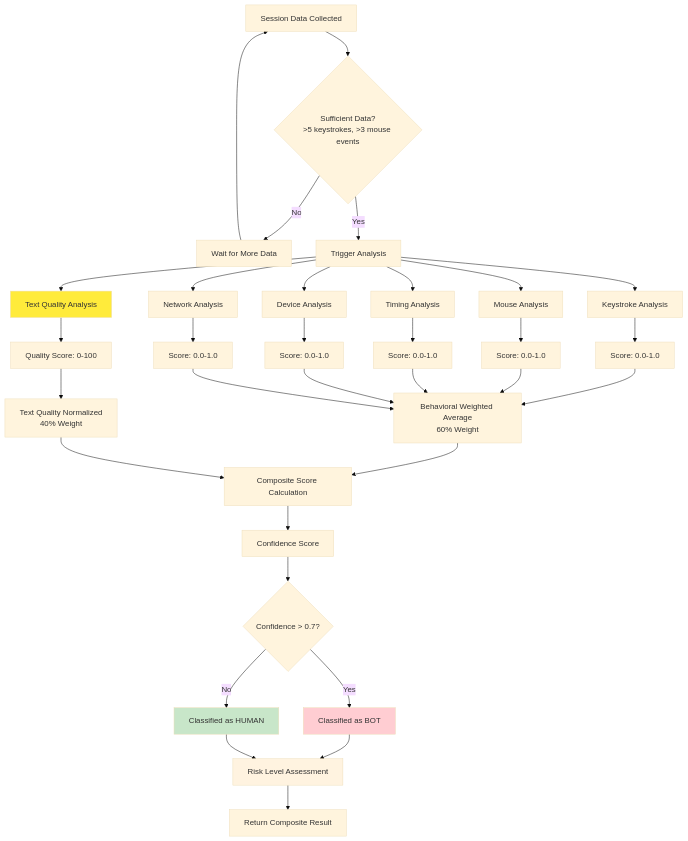
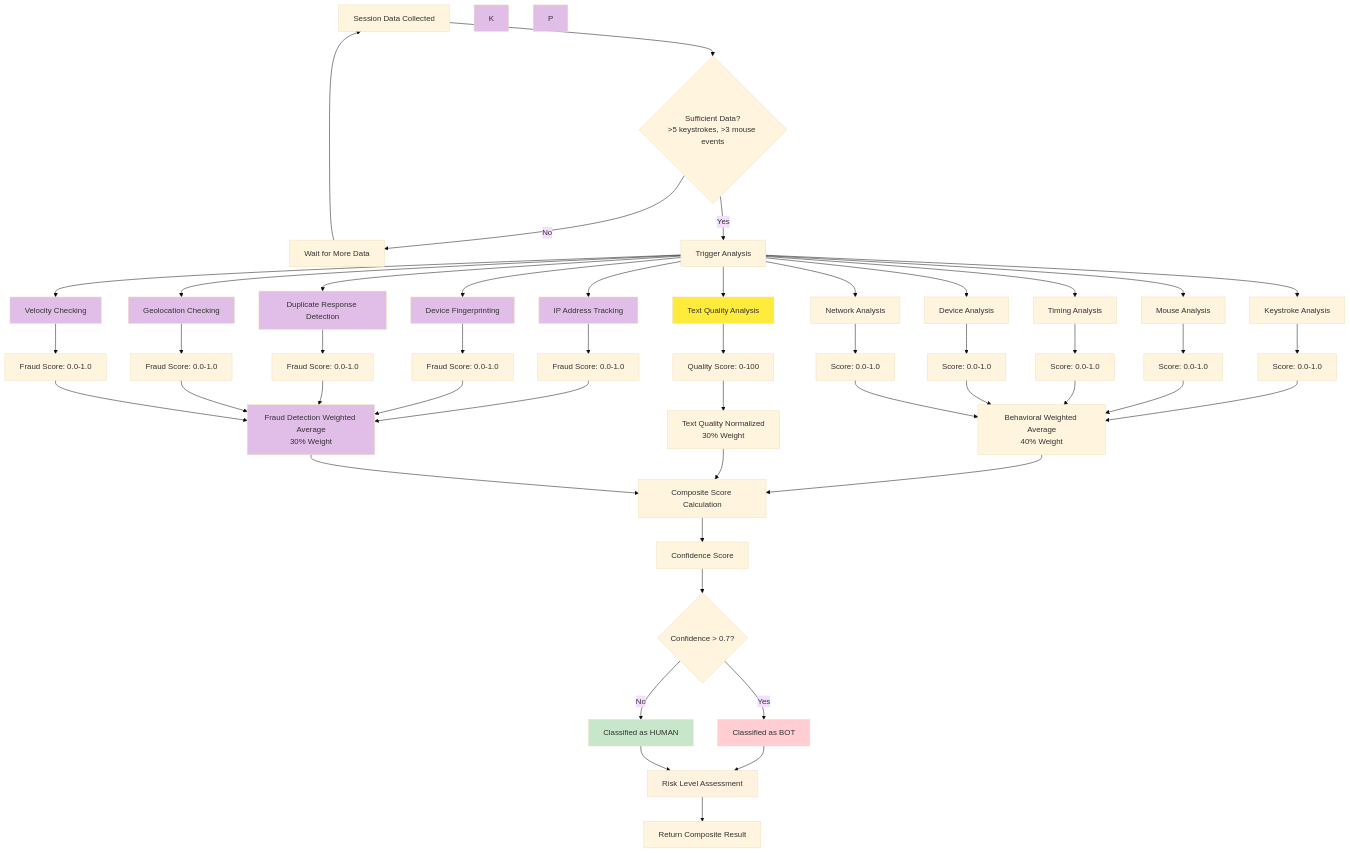
One commit to halderavik/bot_detection_live changed the sixth of 11 diagrams in bot_detection_flow.md. Above: the diagram before and after it, drawn with Mermaid (base theme). The commit also changed other lines of this file and 41 other files, not shown here.

First line of the commit message:
Add fraud detection system with hierarchical API support

````diff
--- a/bot_detection_flow.md
+++ b/bot_detection_flow.md
@@ -275,46 +414,72 @@
 ```mermaid
 graph TD
     A[Session Data Collected] --> B{Sufficient Data?<br/>>5 keystrokes, >3 mouse events}
     B -->|No| C[Wait for More Data]
     C --> A
     B -->|Yes| D[Trigger Analysis]
     
     D --> E[Keystroke Analysis]
     D --> F[Mouse Analysis]
     D --> G[Timing Analysis]
     D --> H[Device Analysis]
     D --> I[Network Analysis]
     D --> J[Text Quality Analysis]
+    D --> K1[IP Address Tracking]
+    D --> K2[Device Fingerprinting]
+    D --> K3[Duplicate Response Detection]
+    D --> K4[Geolocation Checking]
+    D --> K5[Velocity Checking]
     
-    E --> K[Score: 0.0-1.0]
-    F --> L[Score: 0.0-1.0]
-    G --> M[Score: 0.0-1.0]
-    H --> N[Score: 0.0-1.0]
-    I --> O[Score: 0.0-1.0]
-    J --> P[Quality Score: 0-100]
+    E --> L1[Score: 0.0-1.0]
+    F --> L2[Score: 0.0-1.0]
+    G --> L3[Score: 0.0-1.0]
+    H --> L4[Score: 0.0-1.0]
+    I --> L5[Score: 0.0-1.0]
+    J --> L6[Quality Score: 0-100]
     
-    K --> Q[Behavioral Weighted Average<br/>60% Weight]
-    L --> Q
-    M --> Q
-    N --> Q
-    O --> Q
+    K1 --> L7[Fraud Score: 0.0-1.0]
+    K2 --> L8[Fraud Score: 0.0-1.0]
+    K3 --> L9[Fraud Score: 0.0-1.0]
+    K4 --> L10[Fraud Score: 0.0-1.0]
+    K5 --> L11[Fraud Score: 0.0-1.0]
     
-    P --> R[Text Quality Normalized<br/>40% Weight]
+    L1 --> M1[Behavioral Weighted Average<br/>40% Weight]
+    L2 --> M1
+    L3 --> M1
+    L4 --> M1
+    L5 --> M1
     
-    Q --> S[Composite Score Calculation]
-    R --> S
+    L6 --> M2[Text Quality Normalized<br/>30% Weight]
+    
+    L7 --> M3[Fraud Detection Weighted Average<br/>30% Weight]
+    L8 --> M3
+    L9 --> M3
+    L10 --> M3
+    L11 --> M3
+    
+    M1 --> S[Composite Score Calculation]
+    M2 --> S
+    M3 --> S
     
     S --> T[Confidence Score]
     T --> U{Confidence > 0.7?}
     U -->|Yes| V[Classified as BOT]
     U -->|No| W[Classified as HUMAN]
     
     V --> X[Risk Level Assessment]
     W --> X
     X --> Y[Return Composite Result]
     
     style V fill:#ffcdd2
     style W fill:#c8e6c9
     style X fill:#fff3e0
     style J fill:#ffeb3b
+    style K1 fill:#e1bee7
+    style K2 fill:#e1bee7
+    style K3 fill:#e1bee7
+    style K4 fill:#e1bee7
+    style K5 fill:#e1bee7
+    style M3 fill:#e1bee7
+    style K fill:#e1bee7
+    style P fill:#e1bee7
 ```
````
